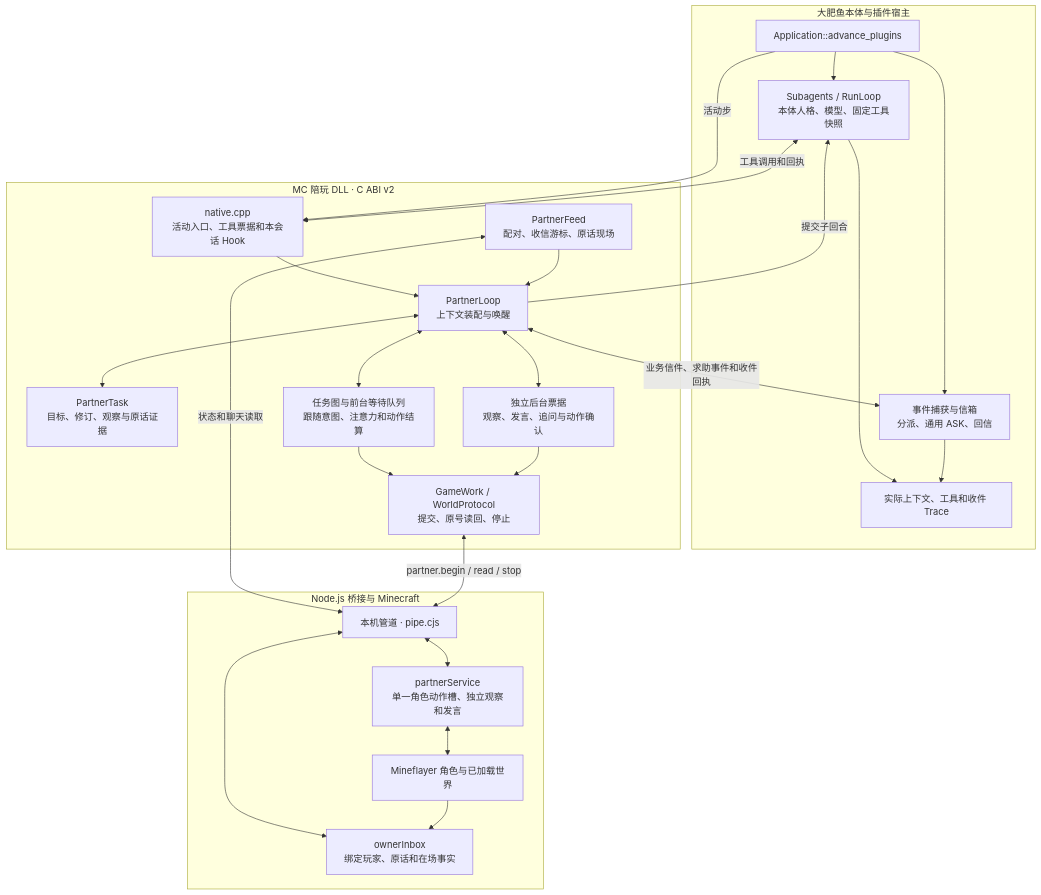
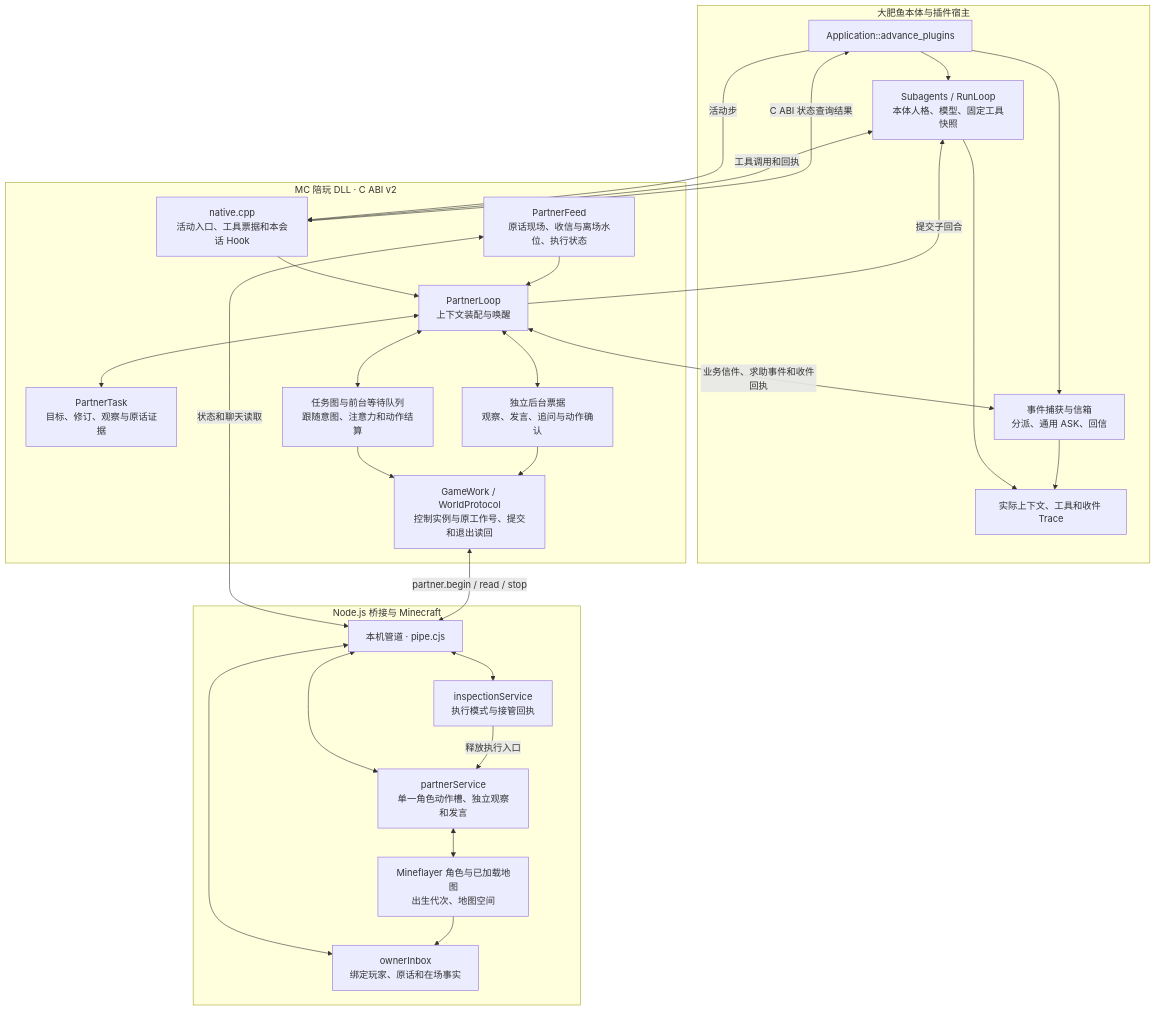
Before and after one commit to AuraKaliya/DaFeiYu-: the third of 5 diagrams in docs/architecture.md, drawn with Mermaid. The commit also changed other lines of this file, not shown here.

First line of the commit message:
同步陪玩执行边界的架构图与职责

````diff
--- a/docs/architecture.md
+++ b/docs/architecture.md
@@ -158,45 +158,49 @@
 ```mermaid
 flowchart TB
     subgraph Host["大肥鱼本体与插件宿主"]
         App["Application::advance_plugins"]
         Agent["Subagents / RunLoop<br/>本体人格、模型、固定工具快照"]
         Mail["事件捕获与信箱<br/>分派、通用 ASK、回信"]
         Trace["实际上下文、工具和收件 Trace"]
         App --> Agent
         App --> Mail
         Agent --> Trace
         Mail --> Trace
     end
     subgraph Native["MC 陪玩 DLL · C ABI v2"]
         Entry["native.cpp<br/>活动入口、工具票据和本会话 Hook"]
-        Feed["PartnerFeed<br/>配对、收信游标、原话现场"]
+        Feed["PartnerFeed<br/>原话现场、收信与离场水位、执行状态"]
         Loop["PartnerLoop<br/>上下文装配与唤醒"]
         State["PartnerTask<br/>目标、修订、观察与原话证据"]
         Plan["任务图与前台等待队列<br/>跟随意图、注意力和动作结算"]
         Speech["独立后台票据<br/>观察、发言、追问与动作确认"]
-        Work["GameWork / WorldProtocol<br/>提交、原号读回、停止"]
+        Work["GameWork / WorldProtocol<br/>控制实例与原工作号、提交和退出读回"]
         Entry --> Loop
         Feed --> Loop
         Loop <--> State
         Loop <--> Plan
         Loop <--> Speech
         Plan --> Work
         Speech --> Work
     end
     subgraph Game["Node.js 桥接与 Minecraft"]
         Pipe["本机管道 · pipe.cjs"]
         Inbox["ownerInbox<br/>绑定玩家、原话和在场事实"]
+        Control["inspectionService<br/>执行模式与接管回执"]
         Executor["partnerService<br/>单一角色动作槽、独立观察和发言"]
-        World["Mineflayer 角色与已加载世界"]
+        World["Mineflayer 角色与已加载地图<br/>出生代次、地图空间"]
         Pipe <--> Inbox
+        Pipe <--> Control
         Pipe <--> Executor
+        Control -->|释放执行入口| Executor
         World --> Inbox
         Executor <--> World
     end
     App -->|活动步| Entry
+    Entry -->|C ABI 状态查询结果| App
     Loop -->|提交子回合| Agent
     Agent <-->|工具调用和回执| Entry
     Loop <-->|业务信件、求助事件和收件回执| Mail
     Feed <-->|状态和聊天读取| Pipe
     Work <-->|partner.begin / read / stop| Pipe
 ```
````
